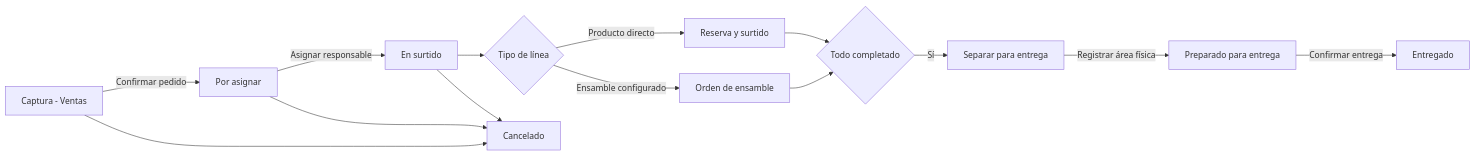
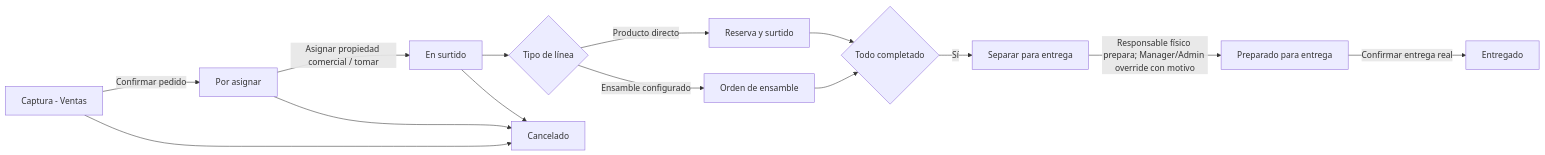
The diagram in docs/process/kan-133-sales-to-warehouse-process-map.md (raul2105/WMS-Mangueras-y-conexiones), drawn with Mermaid before and after one commit. The commit also changed other lines of this file and 225 other files, not shown here.

````diff
--- a/docs/process/kan-133-sales-to-warehouse-process-map.md
+++ b/docs/process/kan-133-sales-to-warehouse-process-map.md
@@ -63,16 +62,16 @@
 ```mermaid
 flowchart LR
   A["Captura - Ventas"] -->|"Confirmar pedido"| B["Por asignar"]
-  B -->|"Asignar responsable"| C["En surtido"]
+  B -->|"Asignar propiedad comercial / tomar"| C["En surtido"]
   C --> D{"Tipo de línea"}
   D -->|"Producto directo"| E["Reserva y surtido"]
   D -->|"Ensamble configurado"| F["Orden de ensamble"]
   E --> G{"Todo completado"}
   F --> G
   G -->|"Sí"| H["Separar para entrega"]
-  H -->|"Registrar área física"| I["Preparado para entrega"]
-  I -->|"Confirmar entrega"| J["Entregado"]
+  H -->|"Responsable físico prepara; Manager/Admin override con motivo"| I["Preparado para entrega"]
+  I -->|"Confirmar entrega real"| J["Entregado"]
   A --> K["Cancelado"]
   B --> K
   C --> K
 ```
````
